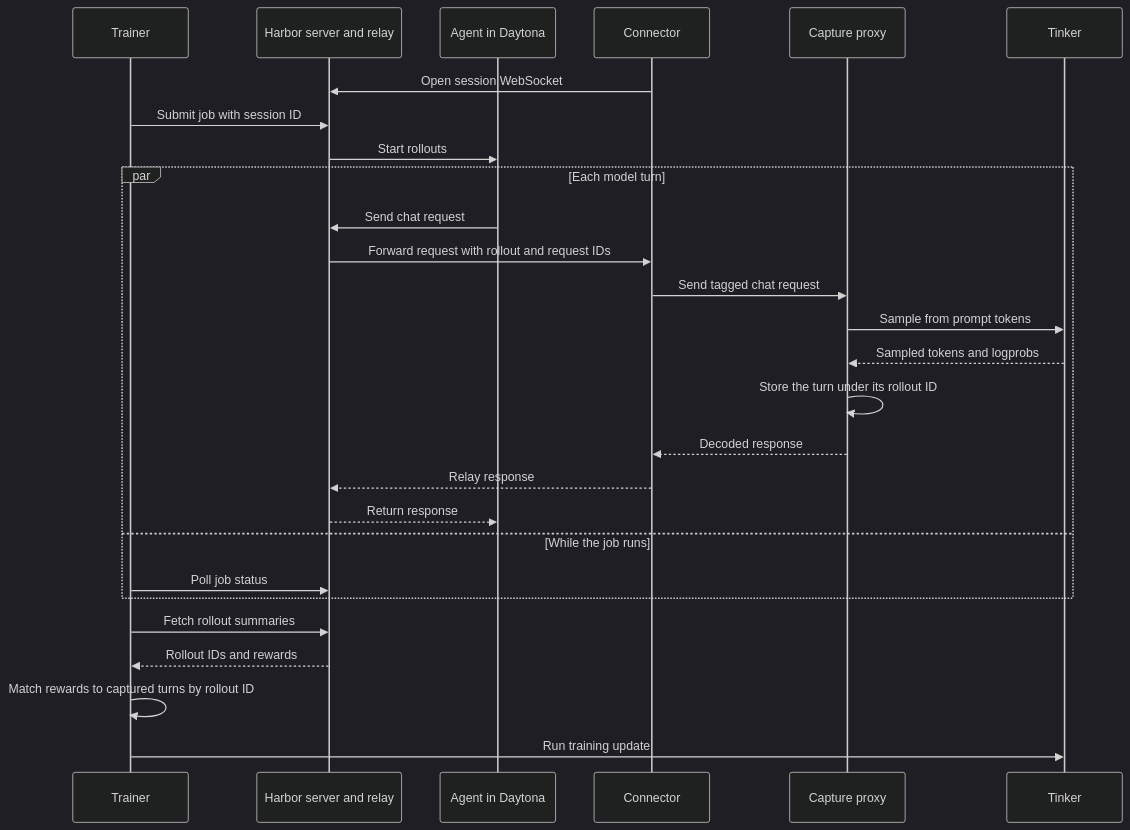
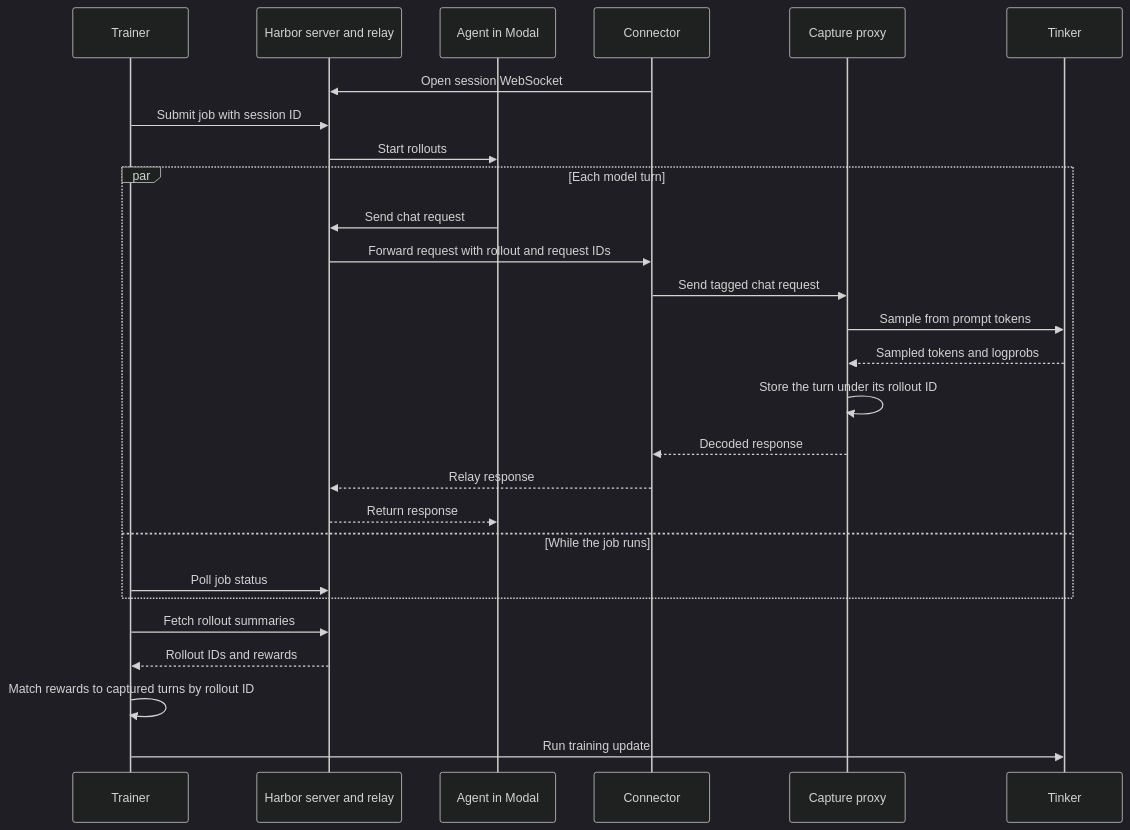
One commit to thinking-machines-lab/tinker-cookbook changed the diagram in tinker_cookbook/recipes/harbor_rl/README.md. Above: the diagram before and after it, drawn with Mermaid (dark theme). The commit also changed other lines of this file and 1 other file, not shown here.

Commit message:
Use Modal for Harbor server rollouts in the RL recipe

````diff
--- a/tinker_cookbook/recipes/harbor_rl/README.md
+++ b/tinker_cookbook/recipes/harbor_rl/README.md
@@ -54,29 +54,29 @@
 ```mermaid
 sequenceDiagram
     participant L as Trainer
     participant H as Harbor server and relay
-    participant A as Agent in Daytona
+    participant A as Agent in Modal
     participant C as Connector
     participant P as Capture proxy
     participant T as Tinker
     C->>H: Open session WebSocket
     L->>H: Submit job with session ID
     H->>A: Start rollouts
     par Each model turn
         A->>H: Send chat request
         H->>C: Forward request with rollout and request IDs
         C->>P: Send tagged chat request
         P->>T: Sample from prompt tokens
         T-->>P: Sampled tokens and logprobs
         P->>P: Store the turn under its rollout ID
         P-->>C: Decoded response
         C-->>H: Relay response
         H-->>A: Return response
     and While the job runs
         L->>H: Poll job status
     end
     L->>H: Fetch rollout summaries
     H-->>L: Rollout IDs and rewards
     L->>L: Match rewards to captured turns by rollout ID
     L->>T: Run training update
 ```
````
